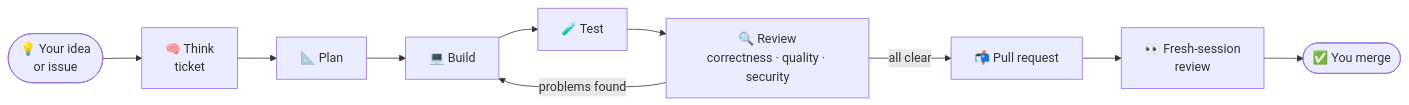
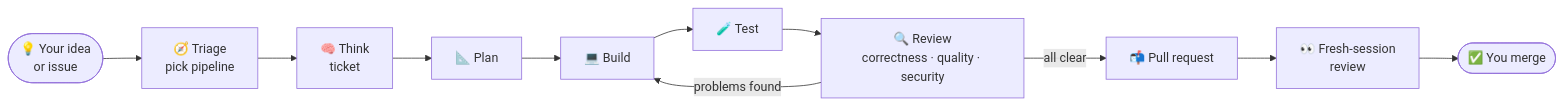
Before and after one commit to meetmehtatb/ai-dev-team: the first of 8 diagrams in README.md, drawn with Mermaid. The commit also changed other lines of this file and 16 other files, not shown here.

First line of the commit message:
v1.4.0: triage agent picks a right-sized pipeline

````diff
--- a/README.md
+++ b/README.md
@@ -34,12 +35,12 @@
 ```mermaid
 flowchart LR
-    A([💡 Your idea<br/>or issue]) --> B[🧠 Think<br/>ticket]
+    A([💡 Your idea<br/>or issue]) --> T[🧭 Triage<br/>pick pipeline] --> B[🧠 Think<br/>ticket]
     B --> C[📐 Plan]
     C --> D[💻 Build]
     D --> E[🧪 Test]
     E --> F[🔍 Review<br/>correctness · quality · security]
     F -- problems found --> D
     F -- all clear --> G[📬 Pull request]
     G --> H[👀 Fresh-session<br/>review]
     H --> I([✅ You merge])
 ```
````
